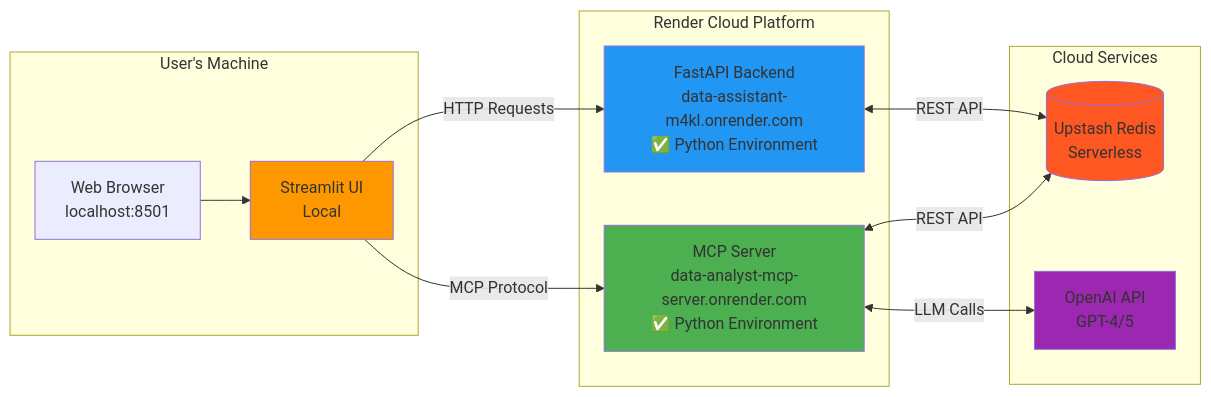
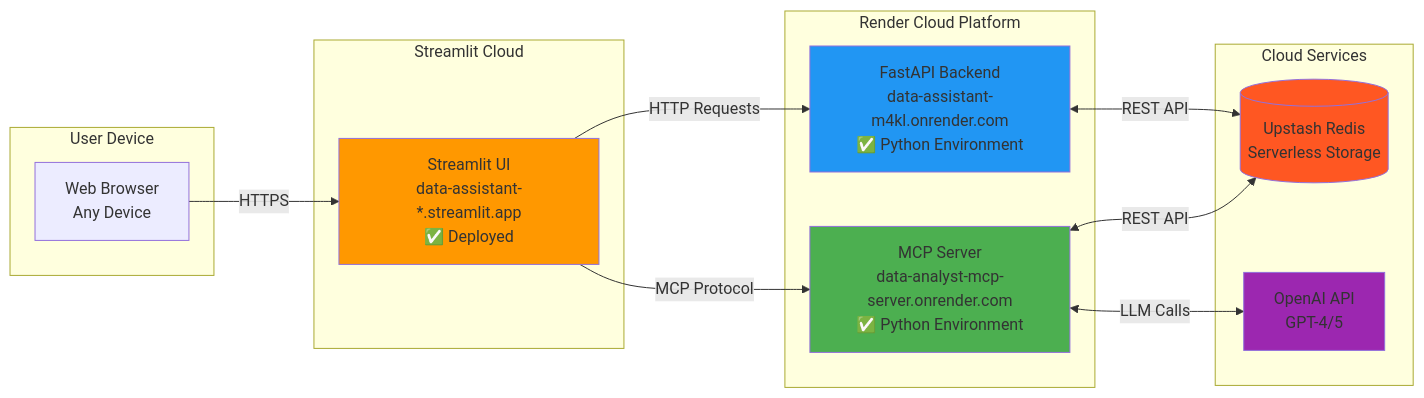
Diagram 18 of 19 in README.md (shivansh-2003/Data-Assistant), drawn with Mermaid before and after one commit. The commit also changed other lines of this file and 3 other files, not shown here.

````diff
--- a/README.md
+++ b/README.md
@@ -857,31 +869,34 @@
 ```mermaid
 flowchart LR
-    subgraph "User's Machine"
-        BROWSER[Web Browser<br/>localhost:8501]
-        STREAMLIT[Streamlit UI<br/>Local]
+    subgraph "User Device"
+        BROWSER[Web Browser<br/>Any Device]
+    end
+    
+    subgraph "Streamlit Cloud"
+        UI[Streamlit UI<br/>data-assistant-*.streamlit.app<br/>✅ Deployed]
     end
     
     subgraph "Render Cloud Platform"
         MCP_PROD[MCP Server<br/>data-analyst-mcp-server.onrender.com<br/>✅ Python Environment]
         API_PROD[FastAPI Backend<br/>data-assistant-m4kl.onrender.com<br/>✅ Python Environment]
     end
     
     subgraph "Cloud Services"
-        REDIS[(Upstash Redis<br/>Serverless)]
+        REDIS[(Upstash Redis<br/>Serverless Storage)]
         OPENAI[OpenAI API<br/>GPT-4/5]
     end
     
-    BROWSER --> STREAMLIT
-    STREAMLIT -->|HTTP Requests| API_PROD
-    STREAMLIT -->|MCP Protocol| MCP_PROD
+    BROWSER -->|HTTPS| UI
+    UI -->|HTTP Requests| API_PROD
+    UI -->|MCP Protocol| MCP_PROD
     
     API_PROD <-->|REST API| REDIS
     MCP_PROD <-->|REST API| REDIS
     MCP_PROD <-->|LLM Calls| OPENAI
     
+    style UI fill:#FF9800
     style MCP_PROD fill:#4CAF50
     style API_PROD fill:#2196F3
-    style STREAMLIT fill:#FF9800
     style REDIS fill:#FF5722
     style OPENAI fill:#9C27B0
 ```
````
